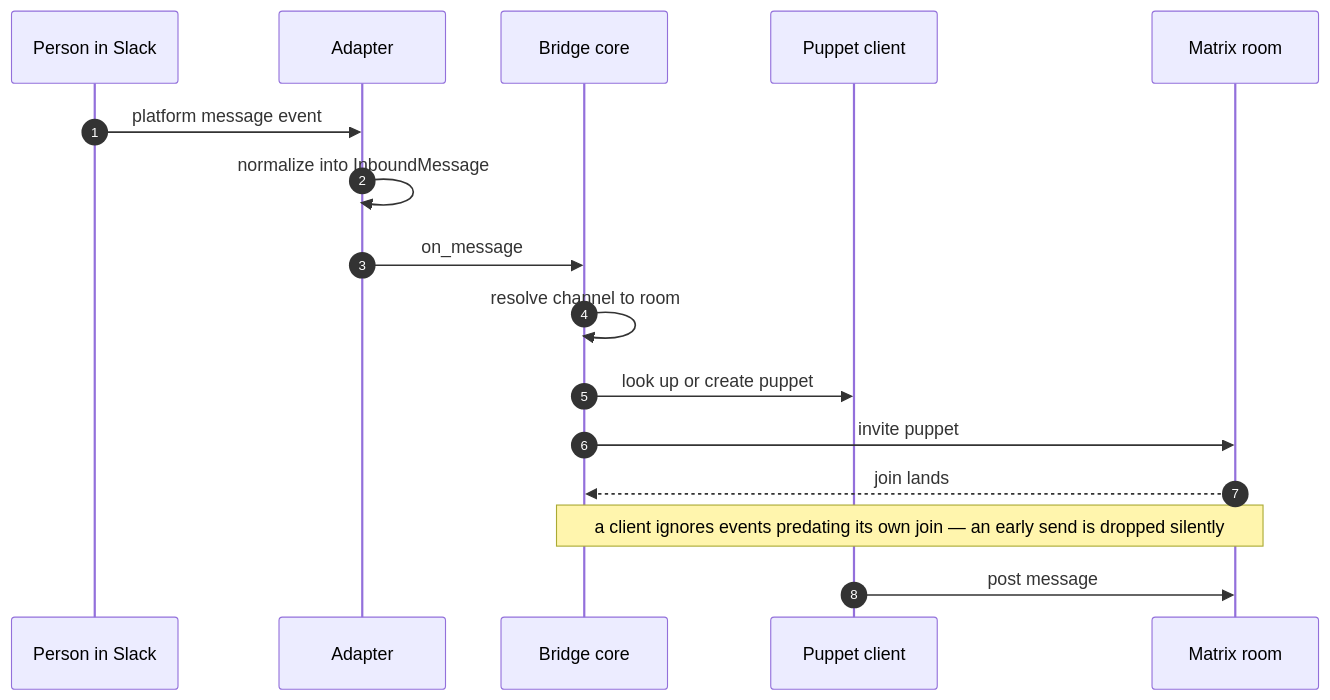
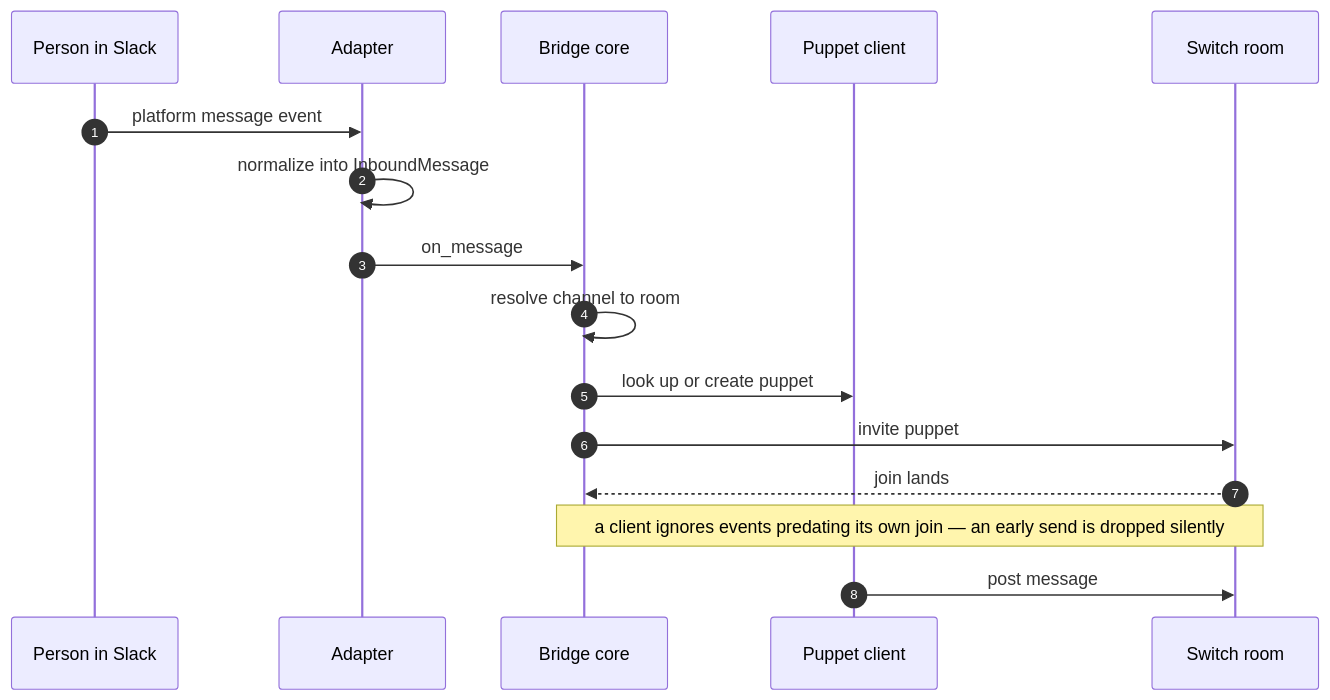
The first of 2 diagrams in docs/official/internals/collaboration-bridge.md (Chris-Willis/switch), drawn with Mermaid before and after one commit. The commit also changed other lines of this file and 46 other files, not shown here.

First line of the commit message:
Stop describing Matrix as Switch's message bus in docs, Helm and comments

````diff
--- a/docs/official/internals/collaboration-bridge.md
+++ b/docs/official/internals/collaboration-bridge.md
@@ -156,19 +156,19 @@
 ```mermaid
 %%{init: {'themeVariables': {'fontSize': '13px'}}}%%
 sequenceDiagram
   autonumber
   participant U as Person in Slack
   participant A as Adapter
   participant B as Bridge core
   participant P as Puppet client
-  participant M as Matrix room
+  participant R as Switch room
   U->>A: platform message event
   A->>A: normalize into InboundMessage
   A->>B: on_message
   B->>B: resolve channel to room
   B->>P: look up or create puppet
-  B->>M: invite puppet
-  M-->>B: join lands
-  Note over B,M: a client ignores events predating its own join — an early send is dropped silently
-  P->>M: post message
+  B->>R: invite puppet
+  R-->>B: join lands
+  Note over B,R: a client ignores events predating its own join — an early send is dropped silently
+  P->>R: post message
 ```
````
